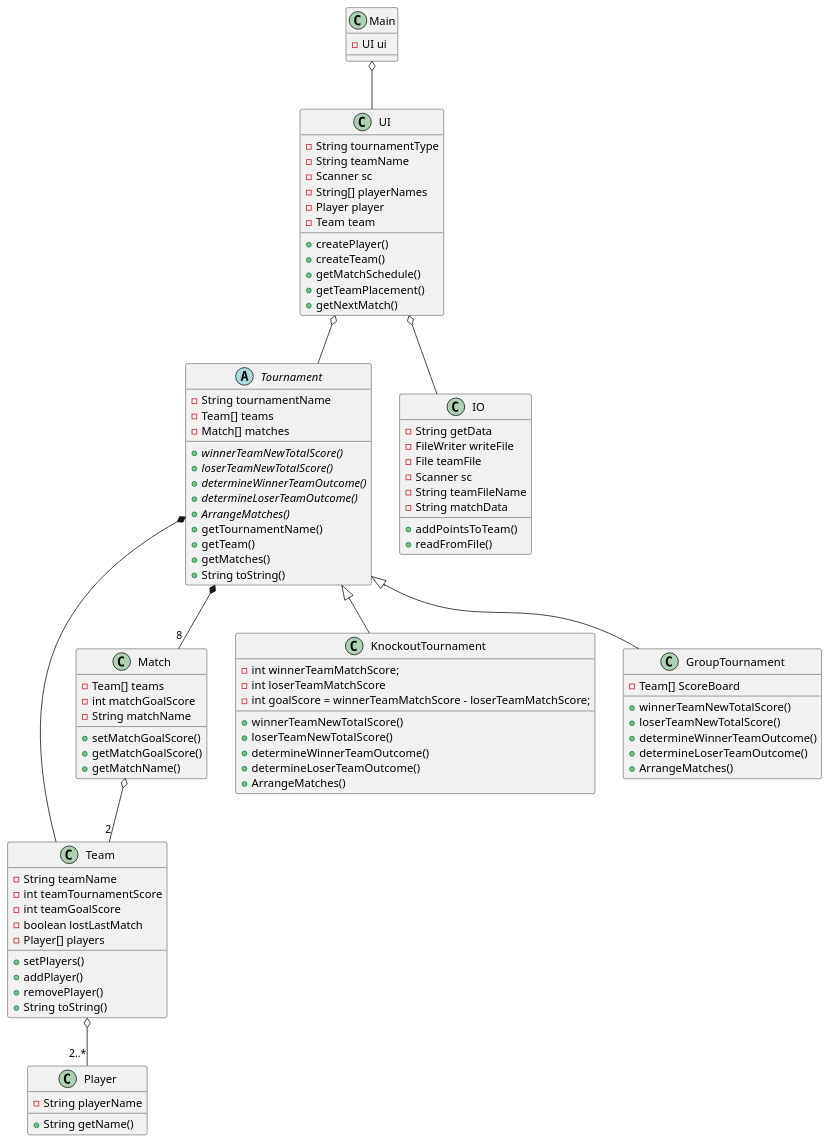
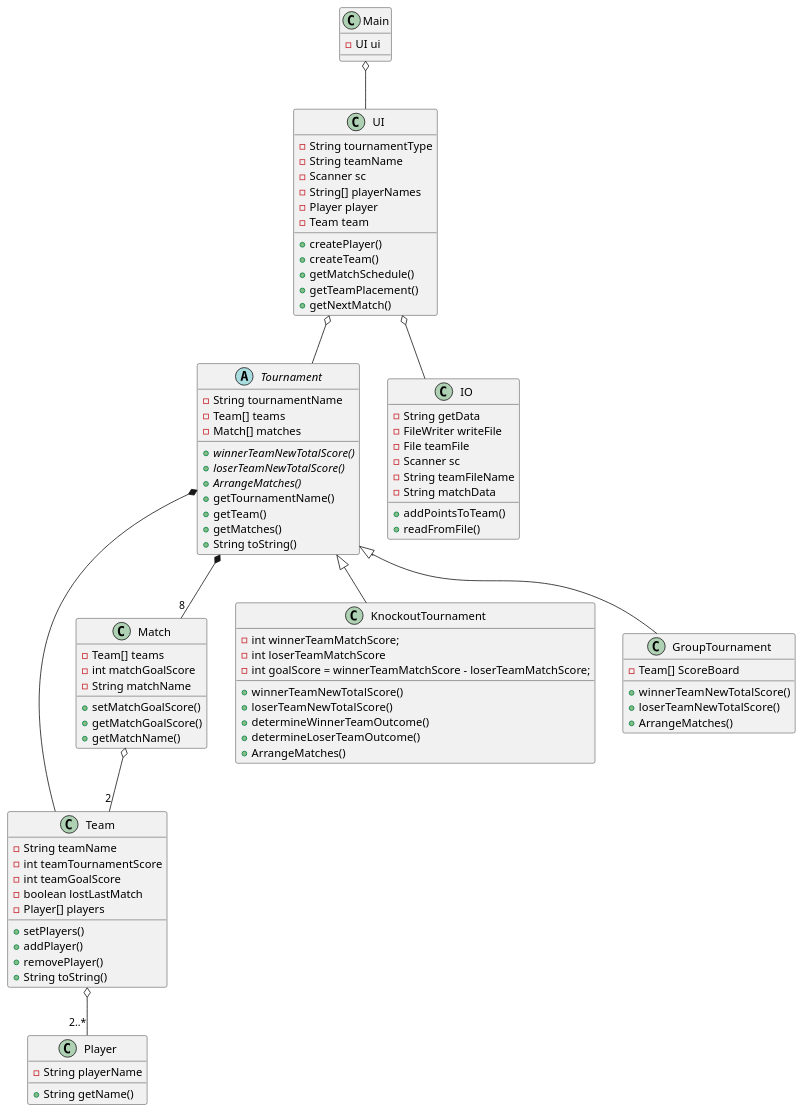
Before and after one commit to DeRp-DaWg/SP3: the diagram in doc/Class.puml, drawn with PlantUML.

Commit message:
Lavet af Andreas

```diff
--- a/doc/Class.puml
+++ b/doc/Class.puml
@@ -1,105 +1,101 @@
 @startuml
 'https://plantuml.com/class-diagram
 
 class Main{
 -UI ui
 }
 
 class Player {
 -String playerName
 +String getName()
 }
 
 class Team {
 -String teamName
 -int teamTournamentScore
 -int teamGoalScore
 -boolean lostLastMatch
 -Player[] players
 +setPlayers()
 +addPlayer()
 +removePlayer()
 +String toString()
 }
 
 class Match{
 -Team[] teams
 -int matchGoalScore
 -String matchName
 
 +setMatchGoalScore()
 +getMatchGoalScore()
 +getMatchName()
 }
 
 abstract Tournament {
 -String tournamentName
 -Team[] teams
 -Match[] matches
 +{abstract}winnerTeamNewTotalScore()
 +{abstract}loserTeamNewTotalScore()
-+{abstract}determineWinnerTeamOutcome()
-+{abstract}determineLoserTeamOutcome()
 +{abstract}ArrangeMatches()
 +getTournamentName()
 +getTeam()
 +getMatches()
 +String toString()
 }
 
 class KnockoutTournament{
 -int winnerTeamMatchScore;
 -int loserTeamMatchScore
 -int goalScore = winnerTeamMatchScore - loserTeamMatchScore;
 +winnerTeamNewTotalScore()
 +loserTeamNewTotalScore()
 +determineWinnerTeamOutcome()
 +determineLoserTeamOutcome()
 +ArrangeMatches()
 }
 
 class GroupTournament{
 -Team[] ScoreBoard
 +winnerTeamNewTotalScore()
 +loserTeamNewTotalScore()
-+determineWinnerTeamOutcome()
-+determineLoserTeamOutcome()
 +ArrangeMatches()
 }
 
 class UI {
 -String tournamentType
 -String teamName
 -Scanner sc
 -String[] playerNames
 -Player player
 -Team team
 +createPlayer()
 +createTeam()
 +getMatchSchedule()
 +getTeamPlacement()
 +getNextMatch()
 }
 
 class IO {
 -String getData
 -FileWriter writeFile
 -File teamFile
 -Scanner sc
 -String teamFileName
 -String matchData
 +addPointsToTeam()
 +readFromFile()
 }
 
 
 UI o-- Tournament
 UI o-- IO
 Tournament *-- "8" Match
 Tournament *-- Team
 Match o-- "2" Team
 Team o-- "2..*" Player
 Tournament <|-- KnockoutTournament
 Tournament <|-- GroupTournament
 Main o-- UI
 @enduml
```
